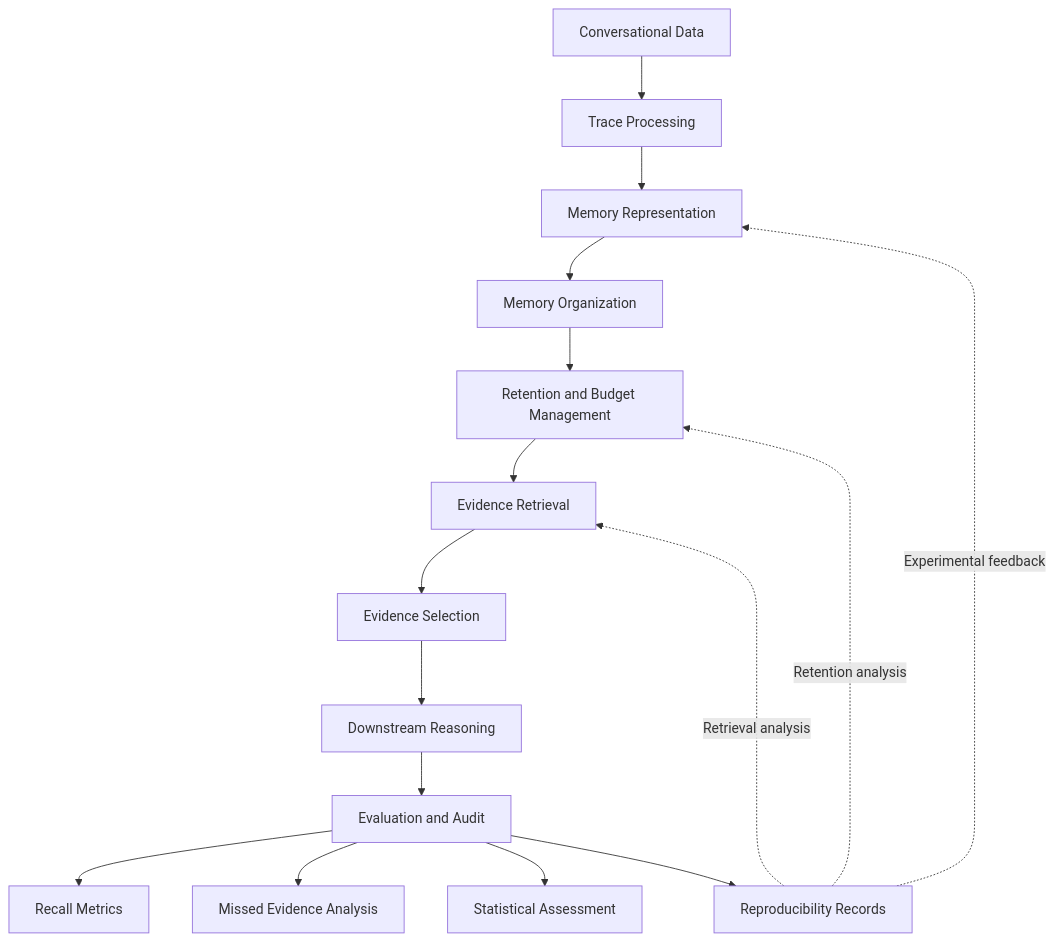
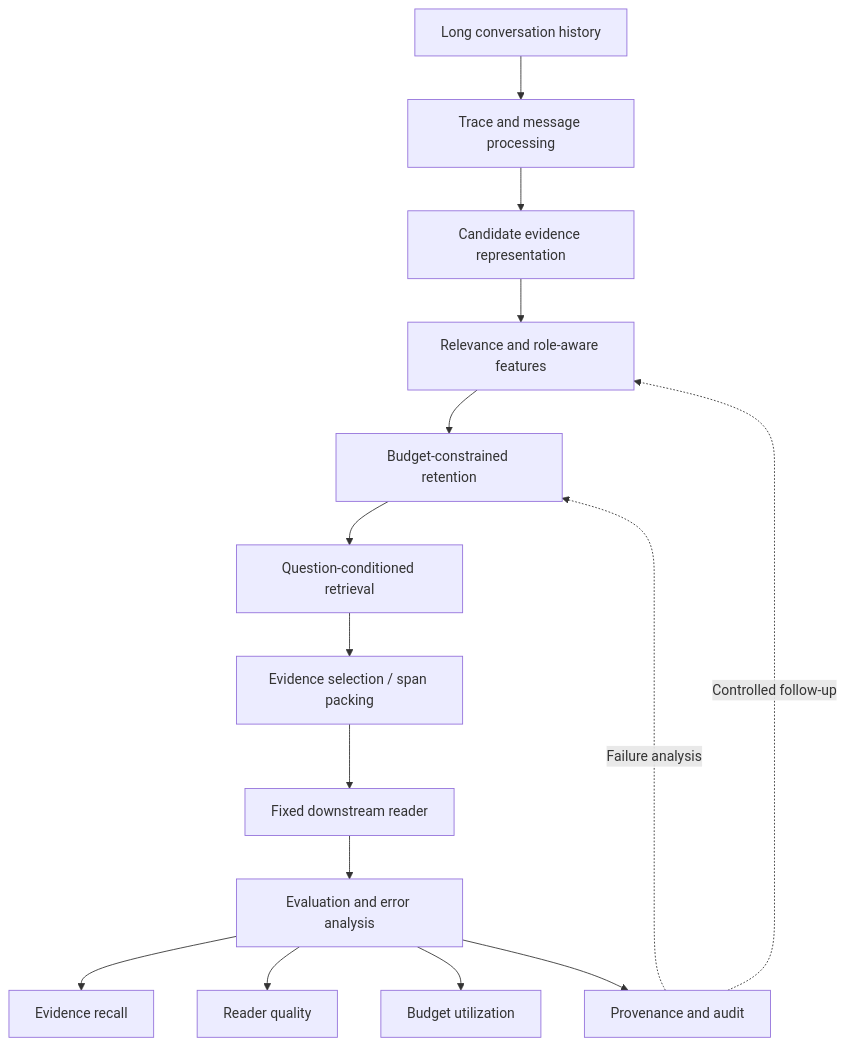
One commit to tishaaaaaaaaa5-sketch/memweavee changed the diagram in README.md. Above: the diagram before and after it, drawn with Mermaid. The commit also changed other lines of this file, not shown here.

````diff
--- a/README.md
+++ b/README.md
@@ -91,20 +140,18 @@
 ```mermaid
 flowchart TD
-    A["Conversational Data"] --> B["Trace Processing"]
-    B --> C["Memory Representation"]
-    C --> D["Memory Organization"]
-    D --> E["Retention and Budget Management"]
-    E --> F["Evidence Retrieval"]
-    F --> G["Evidence Selection"]
-    G --> H["Downstream Reasoning"]
-    H --> I["Evaluation and Audit"]
+    A["Long conversation history"] --> B["Trace and message processing"]
+    B --> C["Candidate evidence representation"]
+    C --> D["Relevance and role-aware features"]
+    D --> E["Budget-constrained retention"]
+    E --> F["Question-conditioned retrieval"]
+    F --> G["Evidence selection / span packing"]
+    G --> H["Fixed downstream reader"]
+    H --> I["Evaluation and error analysis"]
 
-    I --> J["Recall Metrics"]
-    I --> K["Missed Evidence Analysis"]
-    I --> L["Statistical Assessment"]
-    I --> M["Reproducibility Records"]
-
-    M -. "Experimental feedback" .-> C
-    M -. "Retention analysis" .-> E
-    M -. "Retrieval analysis" .-> F
+    I --> J["Evidence recall"]
+    I --> K["Reader quality"]
+    I --> L["Budget utilization"]
+    I --> M["Provenance and audit"]
+    M -. "Controlled follow-up" .-> D
+    M -. "Failure analysis" .-> E
 ```
````
